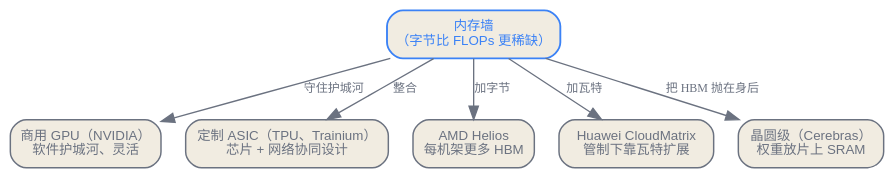
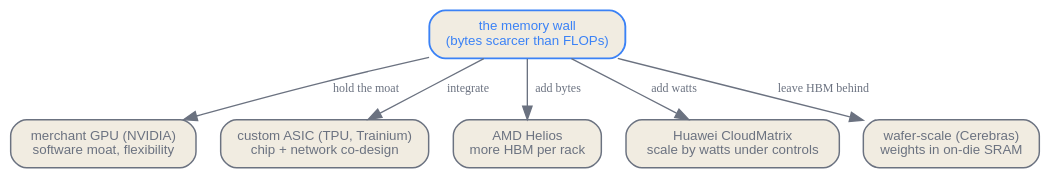
The third of 4 diagrams in zh/p11-frontiers/45-the-compute-frontier.qmd (latere-ai/ai-as-an-infrastructure), drawn with Graphviz before and after one commit. The commit also changed other lines of this file and 106 other files, not shown here.

````diff
--- a/zh/p11-frontiers/45-the-compute-frontier.qmd
+++ b/zh/p11-frontiers/45-the-compute-frontier.qmd
@@ -76,23 +76,23 @@
 ```{dot}
 //| label: fig-compute-frontier-menagerie
 //| fig-cap: "按各家针对带宽墙在优化什么、而非按峰值 FLOPs 来读这群硅。商用 GPU 与定制 ASIC 从相反的整合策略争夺同一负载；AMD 与 Huawei 用字节和瓦特回应墙；晶圆级则靠从不离开裸片来回应。"
 digraph menagerie {
   rankdir=TB;
   bgcolor="transparent";
   node [shape=box, style="rounded,filled", fontname="Helvetica", fontsize=10, color="#6b7280", fontcolor="#6b7280", fillcolor="#f1ece1", penwidth=1.1];
   edge [color="#6b7280", fontcolor="#6b7280", fontsize=9];
 
-  wall [label="内存墙\n（字节比 FLOPs 更稀缺）", color="#3b82f6", fontcolor="#3b82f6", penwidth=1.4];
-  gpu  [label="商用 GPU（NVIDIA）\n软件护城河、灵活"];
-  asic [label="定制 ASIC（TPU、Trainium）\n芯片 + 网络协同设计"];
-  mem  [label="AMD Helios\n每机架更多 HBM"];
-  hw   [label="Huawei CloudMatrix\n管制下靠瓦特扩展"];
-  saf  [label="晶圆级（Cerebras）\n权重放片上 SRAM"];
+  wall [label="the memory wall\n(bytes scarcer than FLOPs)", color="#3b82f6", fontcolor="#3b82f6", penwidth=1.4];
+  gpu  [label="merchant GPU (NVIDIA)\nsoftware moat, flexibility"];
+  asic [label="custom ASIC (TPU, Trainium)\nchip + network co-design"];
+  mem  [label="AMD Helios\nmore HBM per rack"];
+  hw   [label="Huawei CloudMatrix\nscale by watts under controls"];
+  saf  [label="wafer-scale (Cerebras)\nweights in on-die SRAM"];
 
-  wall -> gpu [label="守住护城河"];
-  wall -> asic [label="整合"];
-  wall -> mem [label="加字节"];
-  wall -> hw [label="加瓦特"];
-  wall -> saf [label="把 HBM 抛在身后"];
+  wall -> gpu [label="hold the moat"];
+  wall -> asic [label="integrate"];
+  wall -> mem [label="add bytes"];
+  wall -> hw [label="add watts"];
+  wall -> saf [label="leave HBM behind"];
 }
 ```
````
